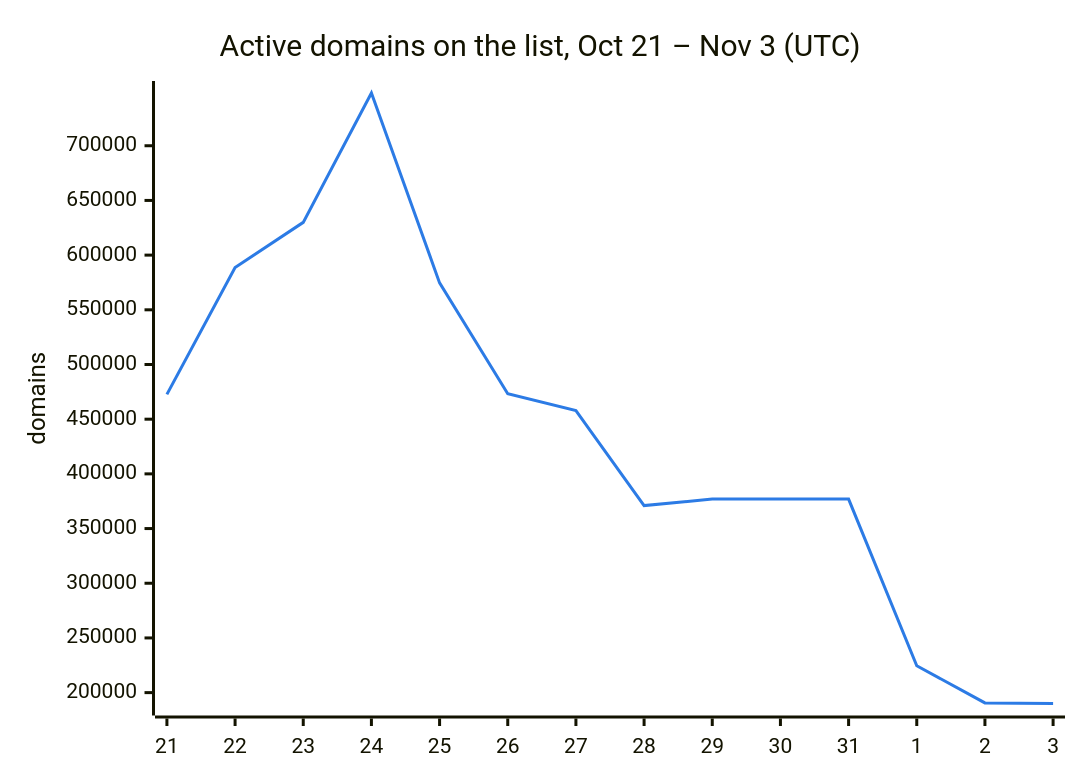
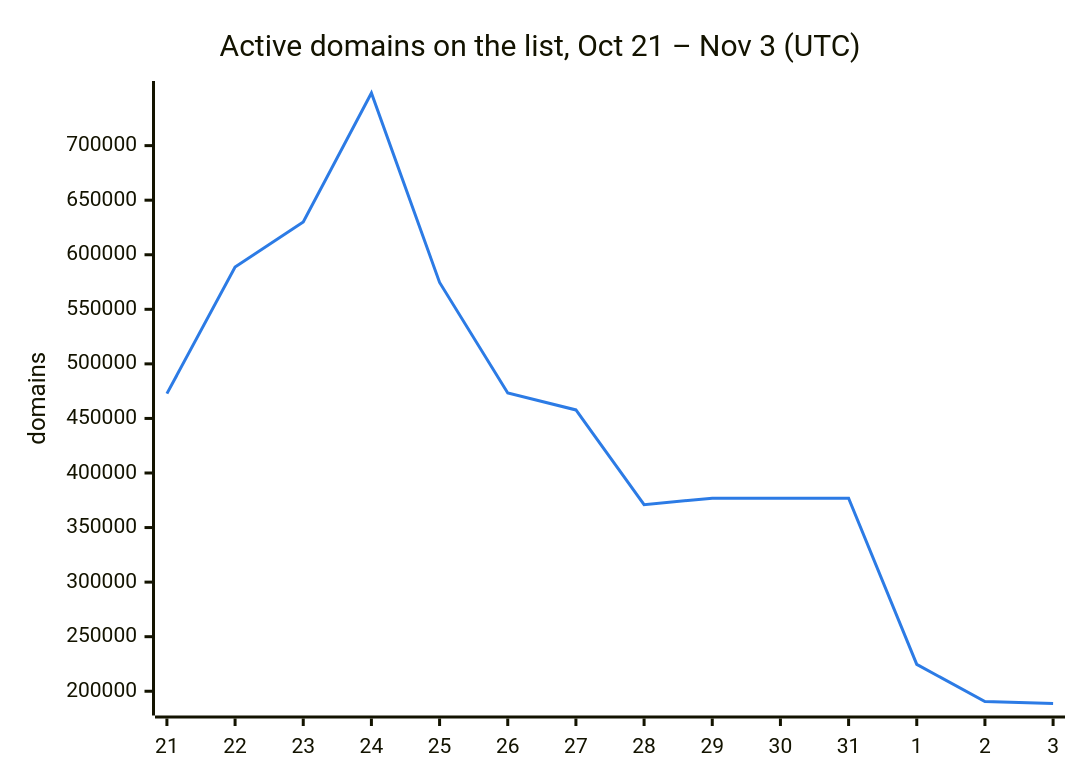
The second of 3 diagrams in README.md (DNSBunker/CTI), drawn with Mermaid before and after one commit. The commit also changed other lines of this file and 3 other files, not shown here.

````diff
--- a/README.md
+++ b/README.md
@@ -38,8 +38,8 @@
 ```mermaid
 %%{init: {"themeVariables": {"xyChart": {"plotColorPalette": "#2c7be5"}}}}%%
 xychart-beta
     title "Active domains on the list, Oct 21 – Nov 3 (UTC)"
     x-axis ["21", "22", "23", "24", "25", "26", "27", "28", "29", "30", "31", "1", "2", "3"]
     y-axis "domains"
-    line [472713, 588659, 629951, 748222, 574614, 473331, 457795, 371010, 376945, 376945, 376945, 224607, 190603, 190056]
+    line [472713, 588659, 629951, 748222, 574614, 473331, 457795, 371010, 376945, 376945, 376945, 224607, 190603, 188772]
 ```
````
